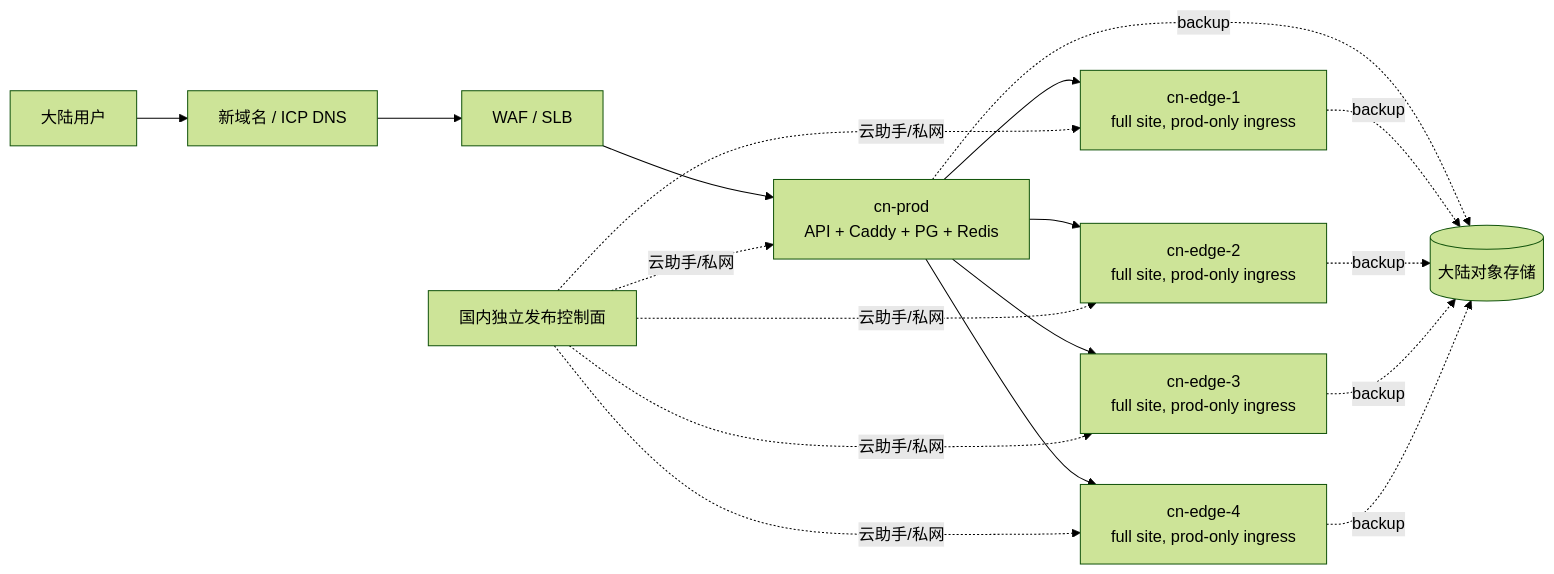
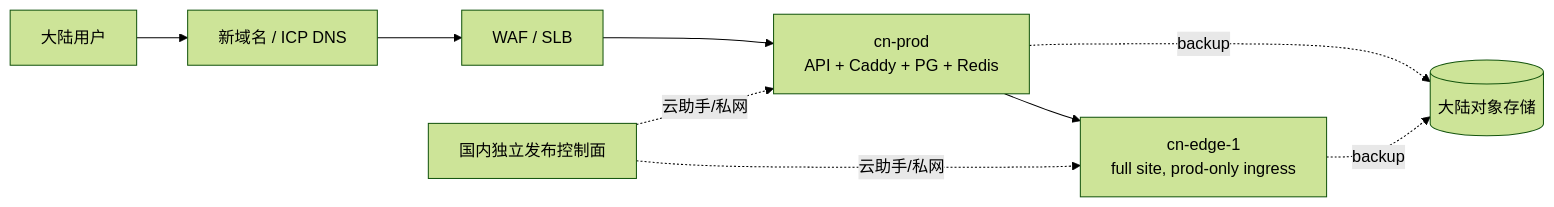
Before and after one commit to youxuanxue/sub2api: the diagram in docs/approved/design-domestic-cluster.md, drawn with Mermaid (forest theme). The commit also changed other lines of this file, not shown here.

Commit message:
docs(domestic): scope production launch to one prod and one edge (no-web-impact)

````diff
--- a/docs/approved/design-domestic-cluster.md
+++ b/docs/approved/design-domestic-cluster.md
@@ -34,20 +36,11 @@
 ```mermaid
 flowchart LR
   U[大陆用户] --> DNS[新域名 / ICP DNS]
   DNS --> WAF[WAF / SLB]
   WAF --> P[cn-prod\nAPI + Caddy + PG + Redis]
   P --> E1[cn-edge-1\nfull site, prod-only ingress]
-  P --> E2[cn-edge-2\nfull site, prod-only ingress]
-  P --> E3[cn-edge-3\nfull site, prod-only ingress]
-  P --> E4[cn-edge-4\nfull site, prod-only ingress]
   P -.backup.-> OBJ[(大陆对象存储)]
   E1 -.backup.-> OBJ
-  E2 -.backup.-> OBJ
-  E3 -.backup.-> OBJ
-  E4 -.backup.-> OBJ
   CI[国内独立发布控制面] -.云助手/私网.-> P
   CI -.云助手/私网.-> E1
-  CI -.云助手/私网.-> E2
-  CI -.云助手/私网.-> E3
-  CI -.云助手/私网.-> E4
 ```
````
